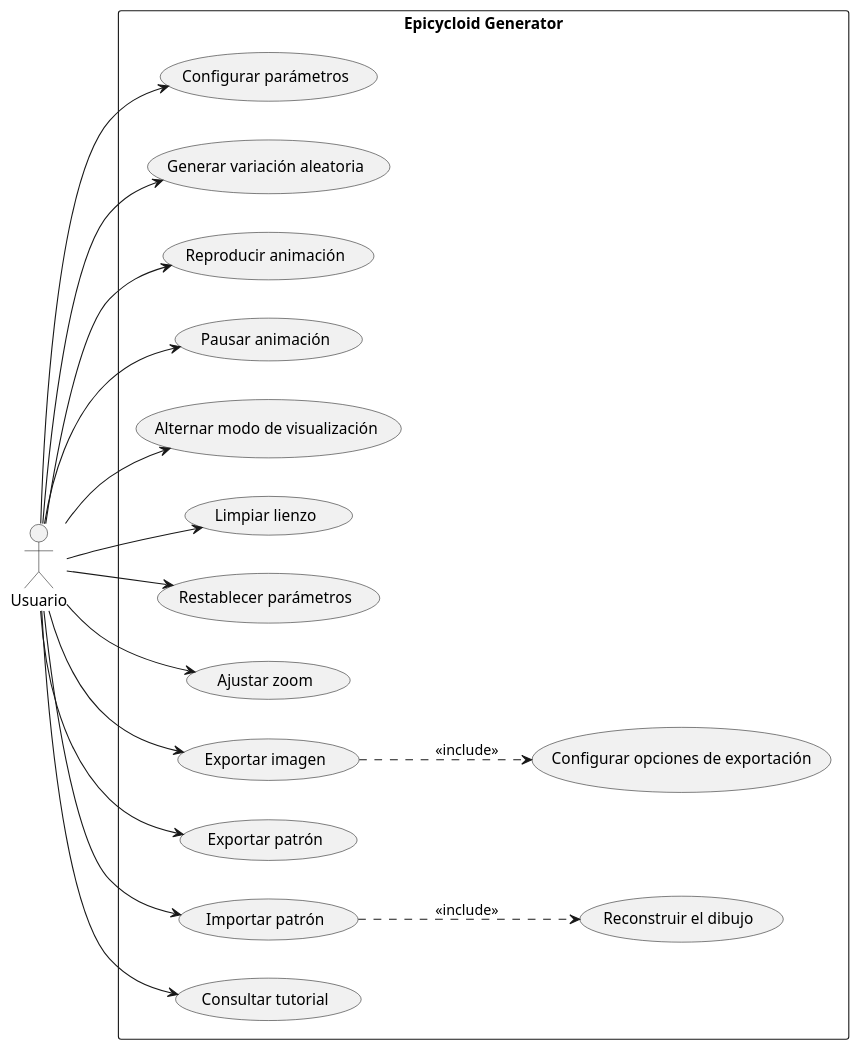
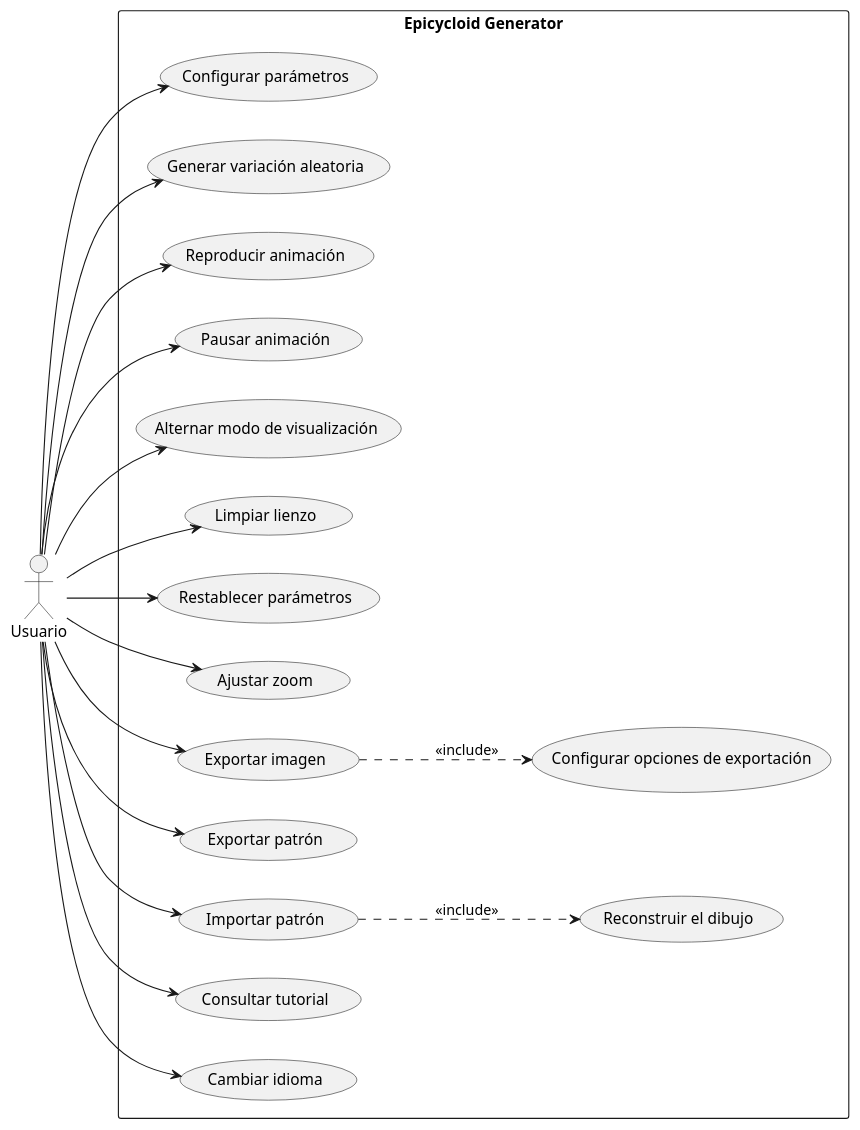
One commit to IgnacioMol/Epicycloid_generator changed the first of 7 diagrams in claude/memoria-cap4-analisis.md. Above: the diagram before and after it, drawn with PlantUML. The commit also changed other lines of this file and 7 other files, not shown here.

````diff
--- a/claude/memoria-cap4-analisis.md
+++ b/claude/memoria-cap4-analisis.md
@@ -320,40 +345,42 @@
 ```plantuml
 @startuml CasosDeUso
 left to right direction
 skinparam packageStyle rectangle
 actor Usuario as U
 
 rectangle "Epicycloid Generator" {
   usecase "Configurar parámetros" as CU1
   usecase "Generar variación aleatoria" as CU12
   usecase "Reproducir animación" as CU2
   usecase "Pausar animación" as CU3
   usecase "Alternar modo de visualización" as CU4
   usecase "Limpiar lienzo" as CU5
   usecase "Restablecer parámetros" as CU6
   usecase "Ajustar zoom" as CU7
   usecase "Exportar imagen" as CU8
   usecase "Configurar opciones de exportación" as CU8b
   usecase "Exportar patrón" as CU9
   usecase "Importar patrón" as CU10
   usecase "Reconstruir el dibujo" as CU10b
   usecase "Consultar tutorial" as CU11
+  usecase "Cambiar idioma" as CU13
 }
 
 U --> CU1
 U --> CU12
 U --> CU2
 U --> CU3
 U --> CU4
 U --> CU5
 U --> CU6
 U --> CU7
 U --> CU8
 U --> CU9
 U --> CU10
 U --> CU11
+U --> CU13
 
 CU8 ..> CU8b : <<include>>
 CU10 ..> CU10b : <<include>>
 @enduml
 ```
````
